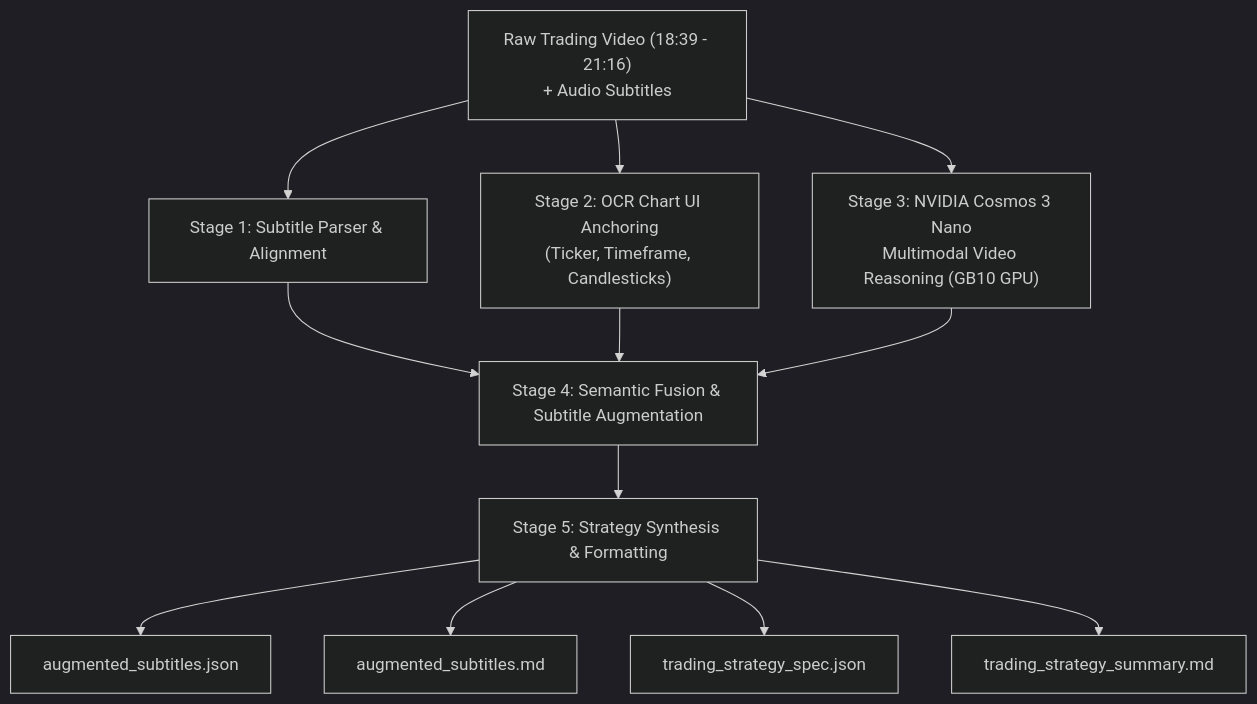
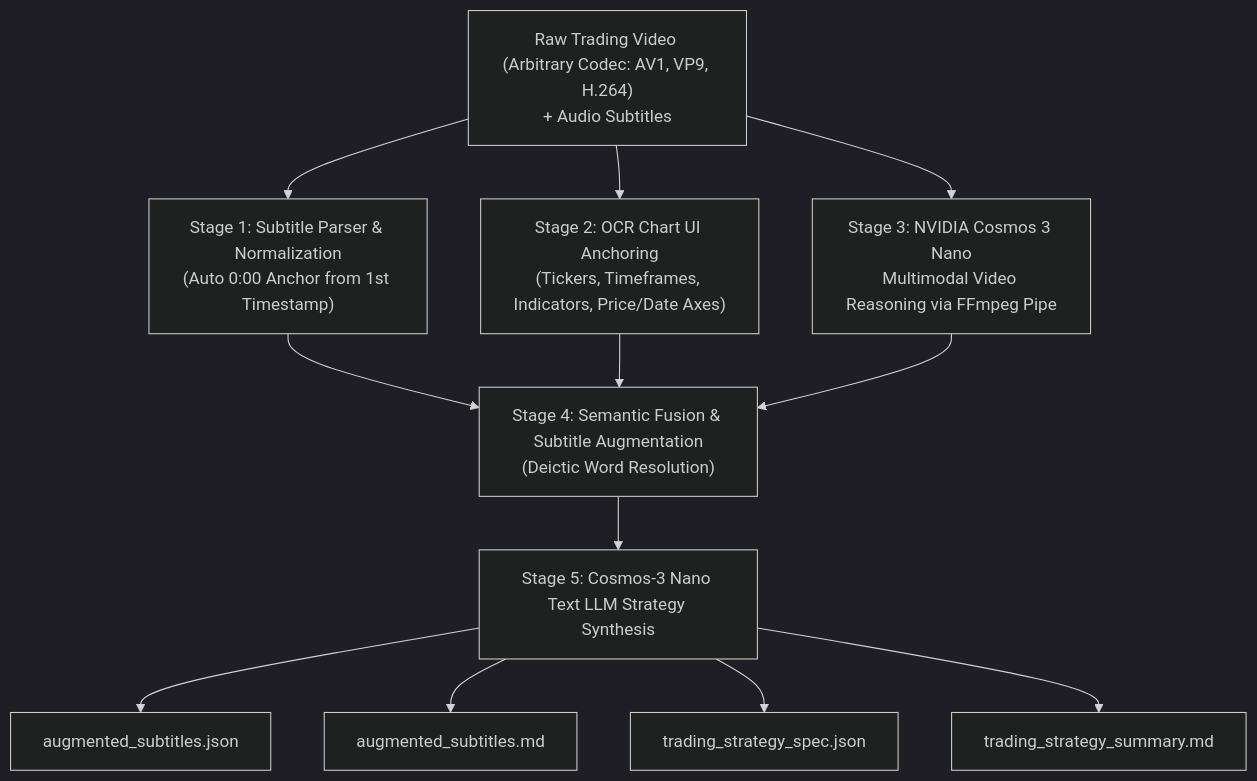
One commit to Apro123/trading-video-understanding changed the diagram in README.md. Above: the diagram before and after it, drawn with Mermaid (dark theme). The commit also changed other lines of this file, not shown here.

Commit message:
Update README with docker execution commands for Clip 1, Clip 2, arbitrary videos, and VRAM profiling

````diff
--- a/README.md
+++ b/README.md
@@ -22,14 +25,14 @@
 ```mermaid
 flowchart TD
-    A["Raw Trading Video (18:39 - 21:16)<br/>+ Audio Subtitles"] --> B["Stage 1: Subtitle Parser & Alignment"]
-    A --> C["Stage 2: OCR Chart UI Anchoring<br/>(Ticker, Timeframe, Candlesticks)"]
-    A --> D["Stage 3: NVIDIA Cosmos 3 Nano<br/>Multimodal Video Reasoning (GB10 GPU)"]
-    B --> E["Stage 4: Semantic Fusion & Subtitle Augmentation"]
+    A["Raw Trading Video (Arbitrary Codec: AV1, VP9, H.264)<br/>+ Audio Subtitles"] --> B["Stage 1: Subtitle Parser & Normalization<br/>(Auto 0:00 Anchor from 1st Timestamp)"]
+    A --> C["Stage 2: OCR Chart UI Anchoring<br/>(Tickers, Timeframes, Indicators, Price/Date Axes)"]
+    A --> D["Stage 3: NVIDIA Cosmos 3 Nano<br/>Multimodal Video Reasoning via FFmpeg Pipe"]
+    B --> E["Stage 4: Semantic Fusion & Subtitle Augmentation<br/>(Deictic Word Resolution)"]
     C --> E
     D --> E
-    E --> F["Stage 5: Strategy Synthesis & Formatting"]
+    E --> F["Stage 5: Cosmos-3 Nano Text LLM Strategy Synthesis"]
     F --> G["augmented_subtitles.json"]
     F --> H["augmented_subtitles.md"]
     F --> I["trading_strategy_spec.json"]
     F --> J["trading_strategy_summary.md"]
 ```
````
